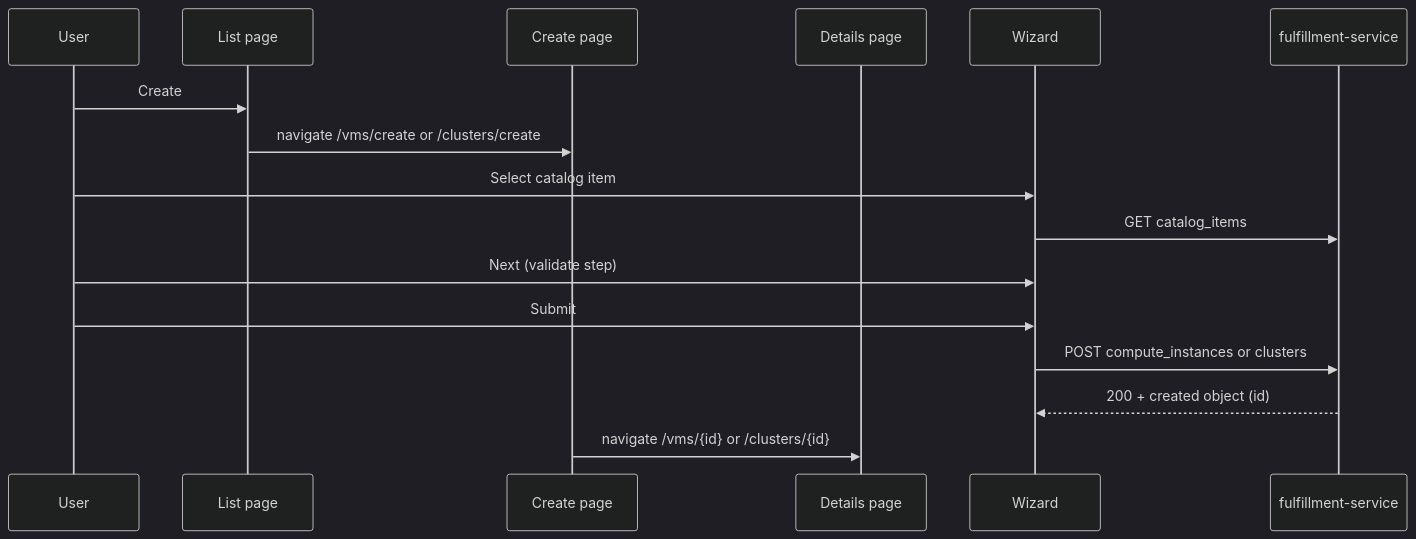
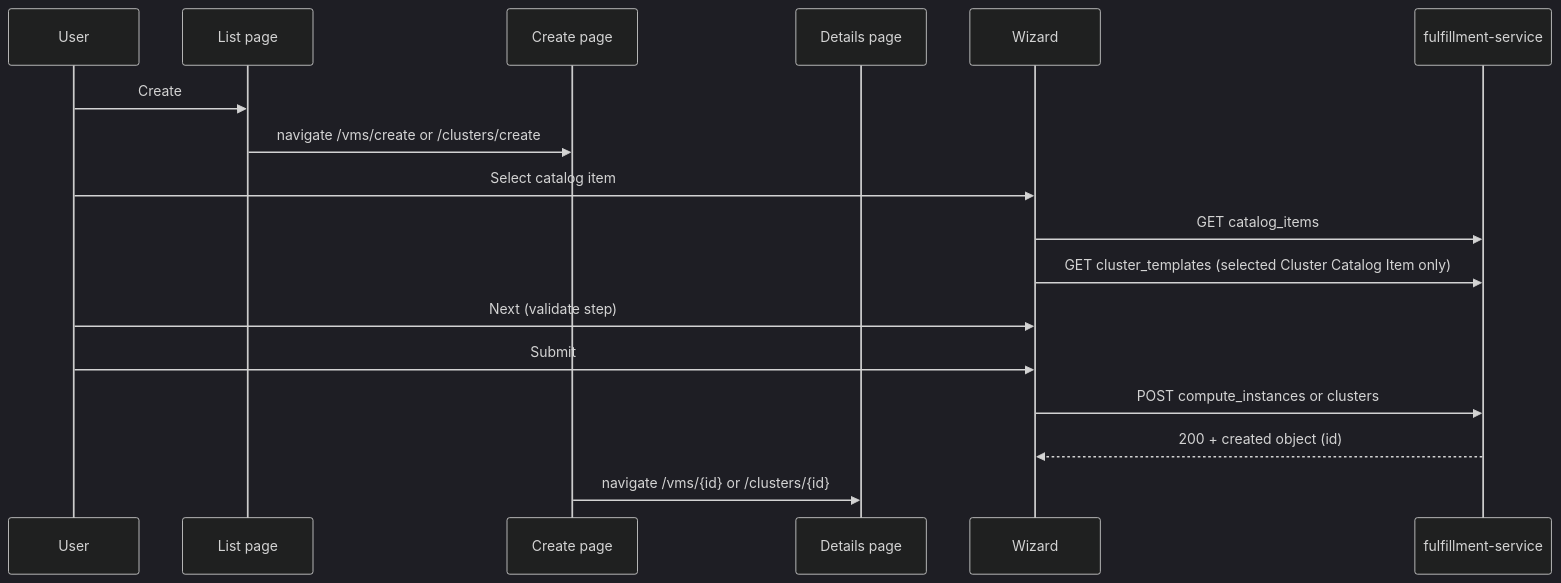
The diagram in enhancements/OSAC-1421-cluster-and-vm-provisioning-wizard/design.md (danmanor/enhancement-proposals), drawn with Mermaid (dark theme) before and after one commit. The commit also changed other lines of this file and 6 other files, not shown here.

````diff
--- a/enhancements/OSAC-1421-cluster-and-vm-provisioning-wizard/design.md
+++ b/enhancements/OSAC-1421-cluster-and-vm-provisioning-wizard/design.md
@@ -47,19 +47,20 @@
 ```mermaid
 sequenceDiagram
   participant User
   participant ListPage as List page
   participant CreatePage as Create page
   participant DetailsPage as Details page
   participant Wizard
   participant API as fulfillment-service
 
   User->>ListPage: Create
   ListPage->>CreatePage: navigate /vms/create or /clusters/create
   User->>Wizard: Select catalog item
   Wizard->>API: GET catalog_items
+  Wizard->>API: GET cluster_templates (selected Cluster Catalog Item only)
   User->>Wizard: Next (validate step)
   User->>Wizard: Submit
   Wizard->>API: POST compute_instances or clusters
   API-->>Wizard: 200 + created object (id)
   CreatePage->>DetailsPage: navigate /vms/{id} or /clusters/{id}
 ```
````
